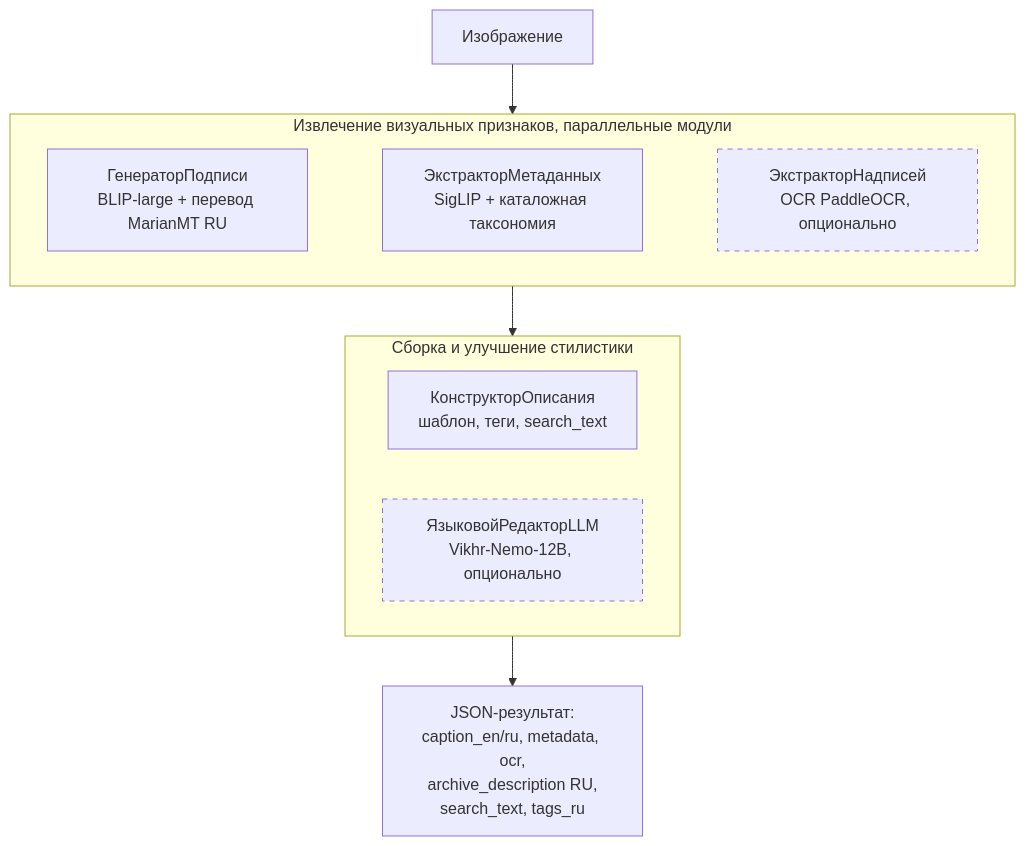
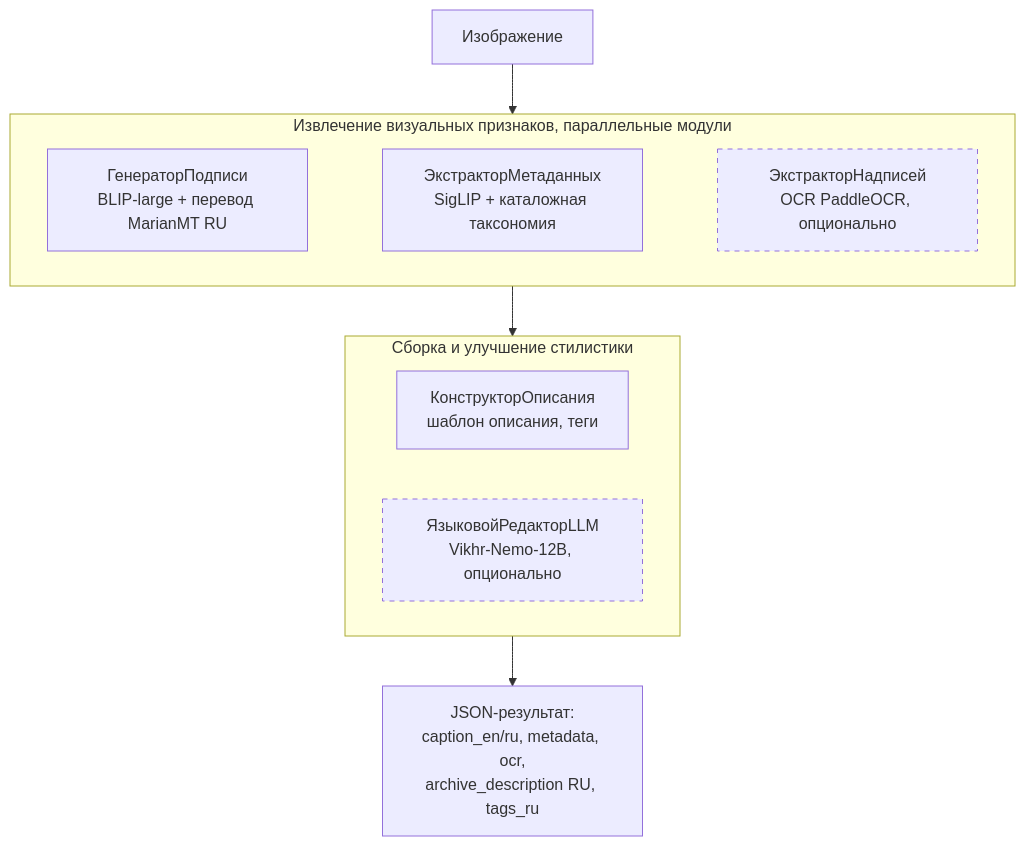
One commit to azat-khatyn/tsu-image-description changed the diagram in README.md. Above: the diagram before and after it, drawn with Mermaid. The commit also changed other lines of this file and 15 other files, not shown here.

Commit message:
removed search text

````diff
--- a/README.md
+++ b/README.md
@@ -33,26 +33,26 @@
 ```mermaid
 flowchart TD
     IMG[Изображение]
 
     subgraph REC [Извлечение визуальных признаков, параллельные модули]
         direction LR
         BLIP[ГенераторПодписи<br/>BLIP-large + перевод MarianMT RU]
         SigLIP[ЭкстракторМетаданных<br/>SigLIP + каталожная таксономия]
         OCR[ЭкстракторНадписей<br/>OCR PaddleOCR, опционально]
         BLIP ~~~ SigLIP ~~~ OCR
     end
 
     subgraph SEM [Сборка и улучшение стилистики]
-        BUILD[КонструкторОписания<br/>шаблон, теги, search_text]
+        BUILD[КонструкторОписания<br/>шаблон описания, теги]
         LLM[ЯзыковойРедакторLLM<br/>Vikhr-Nemo-12B, опционально]
     end
-    OUT[JSON-результат:<br/>caption_en/ru, metadata, ocr,<br/>archive_description RU,<br/>search_text, tags_ru]
+    OUT[JSON-результат:<br/>caption_en/ru, metadata, ocr,<br/>archive_description RU, tags_ru]
 
     IMG --> REC
     REC --> SEM
     SEM --> OUT
 
     %% опциональные компоненты — пунктирная рамка
     style OCR stroke-dasharray: 5 5
     style LLM stroke-dasharray: 5 5
 ```
````
